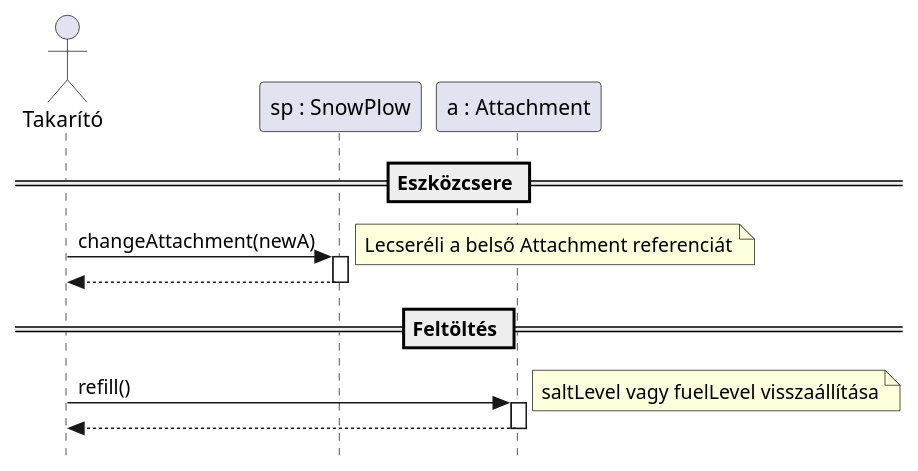
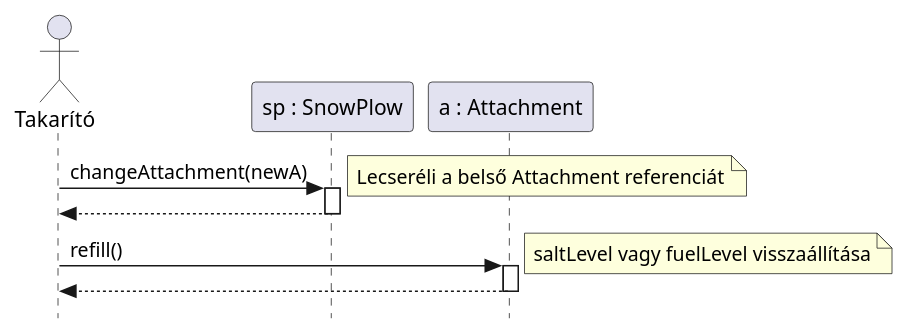
One commit to toth-andor/UneNotteANapoli changed the diagram in docs/diagrams/uc_extra3.puml. Above: the diagram before and after it, drawn with PlantUML. The commit also changed 25 other files, not shown here.

Commit message:
update sequence diagrams

```diff
--- a/docs/diagrams/uc_extra3.puml
+++ b/docs/diagrams/uc_extra3.puml
@@ -1,20 +1,18 @@
 @startuml
 skinparam style strictuml
 actor "Takarító" as T
 participant "sp : SnowPlow" as SP
 participant "a : Attachment" as A
 
-== Eszközcsere ==
 T -> SP : changeAttachment(newA)
 activate SP
     note right: Lecseréli a belső Attachment referenciát
 SP --> T
 deactivate SP
 
-== Feltöltés ==
 T -> A : refill()
 activate A
     note right: saltLevel vagy fuelLevel visszaállítása
 A --> T
 deactivate A
 @enduml
```
